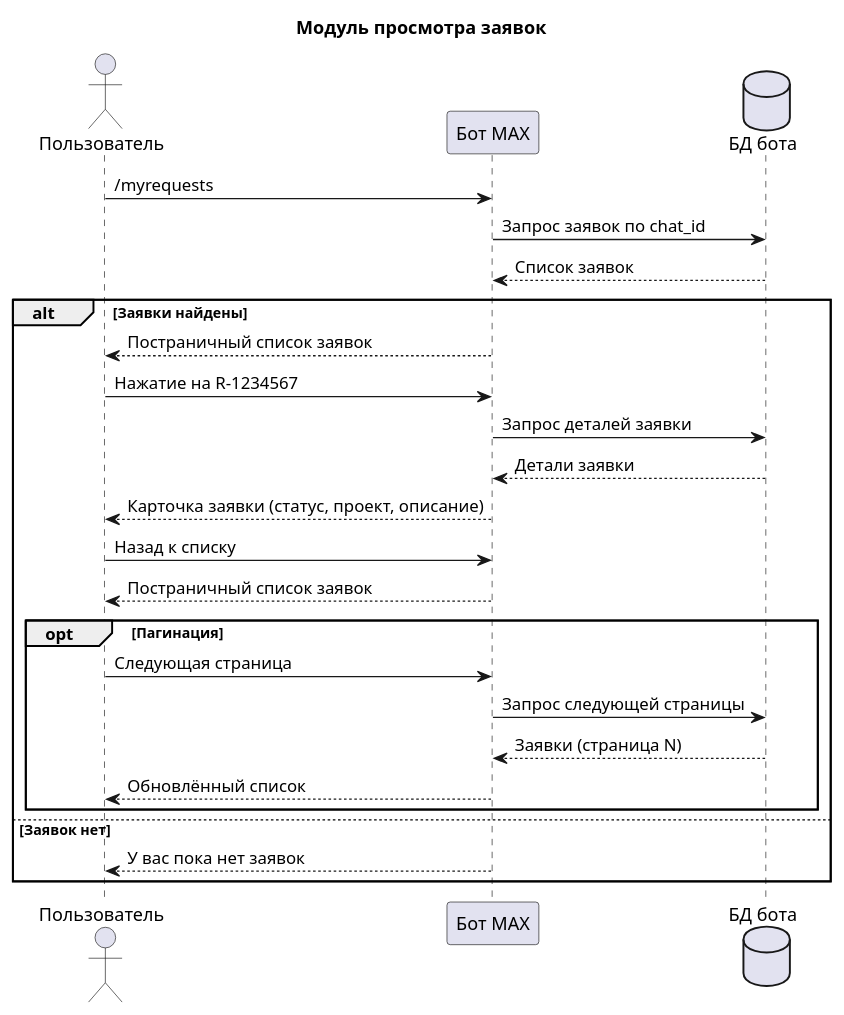
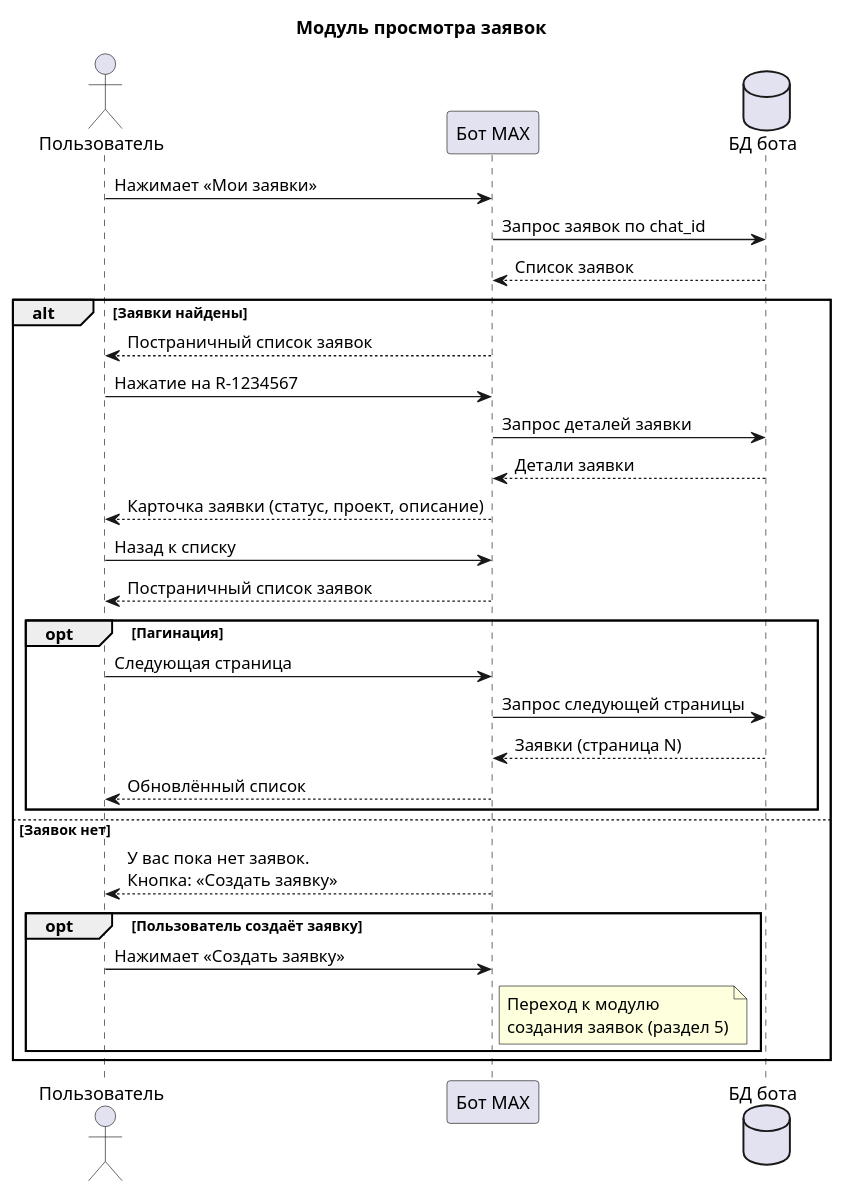
One commit to vardanyan4ik-hubr/test changed the fifth of 10 diagrams in ТЗ_Telegram_Бот_Assyst.md. Above: the diagram before and after it, drawn with PlantUML. The commit also changed other lines of this file, not shown here.

First line of the commit message:
docs: обновлена логика главного меню и просмотра заявок

````diff
--- a/ТЗ_Telegram_Бот_Assyst.md
+++ b/ТЗ_Telegram_Бот_Assyst.md
@@ -497,35 +522,39 @@
 ```plantuml
 @startuml
 title Модуль просмотра заявок
 
 actor "Пользователь" as U
 participant "Бот MAX" as B
 database "БД бота" as DB
 
-U -> B : /myrequests
+U -> B : Нажимает «Мои заявки»
 B -> DB : Запрос заявок по chat_id
 DB --> B : Список заявок
 
 alt Заявки найдены
     B --> U : Постраничный список заявок
     U -> B : Нажатие на R-1234567
     B -> DB : Запрос деталей заявки
     DB --> B : Детали заявки
     B --> U : Карточка заявки (статус, проект, описание)
 
     U -> B : Назад к списку
     B --> U : Постраничный список заявок
 
     opt Пагинация
         U -> B : Следующая страница
         B -> DB : Запрос следующей страницы
         DB --> B : Заявки (страница N)
         B --> U : Обновлённый список
     end
 
 else Заявок нет
-    B --> U : У вас пока нет заявок
+    B --> U : У вас пока нет заявок.\nКнопка: «Создать заявку»
+    opt Пользователь создаёт заявку
+        U -> B : Нажимает «Создать заявку»
+        note right of B : Переход к модулю\nсоздания заявок (раздел 5)
+    end
 end
 
 @enduml
 ```
````
